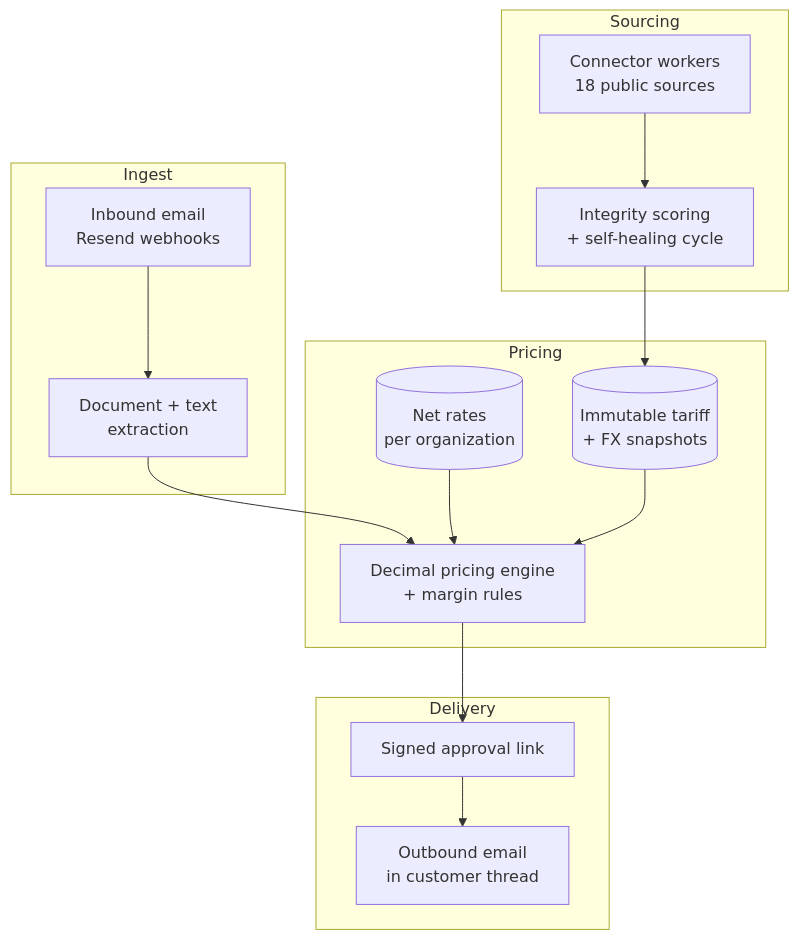
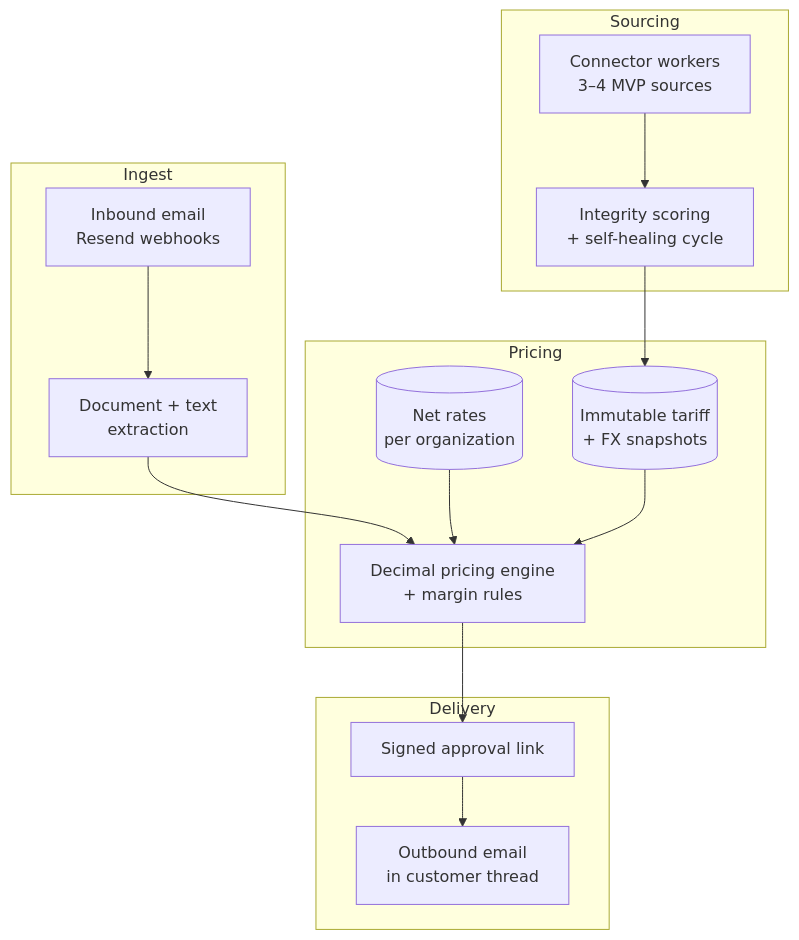
One commit to NewByteGroup/QuotePilot changed the second of 2 diagrams in README.md. Above: the diagram before and after it, drawn with Mermaid. The commit also changed other lines of this file and 9 other files, not shown here.

````diff
--- a/README.md
+++ b/README.md
@@ -71,29 +71,29 @@
 ```mermaid
 flowchart TD
     subgraph Ingest
         EMAIL[Inbound email<br/>Resend webhooks]
         PARSE[Document + text<br/>extraction]
     end
 
     subgraph Pricing
         RATES[(Net rates<br/>per organization)]
         ENGINE[Decimal pricing engine<br/>+ margin rules]
         SNAP[(Immutable tariff<br/>+ FX snapshots)]
     end
 
     subgraph Sourcing
-        CONN[Connector workers<br/>18 public sources]
+        CONN[Connector workers<br/>3–4 MVP sources]
         SCORE[Integrity scoring<br/>+ self-healing cycle]
     end
 
     subgraph Delivery
         APPROVE[Signed approval link]
         MAIL[Outbound email<br/>in customer thread]
     end
 
     EMAIL --> PARSE --> ENGINE
     RATES --> ENGINE
     SNAP --> ENGINE
     CONN --> SCORE --> SNAP
     ENGINE --> APPROVE --> MAIL
 ```
````
